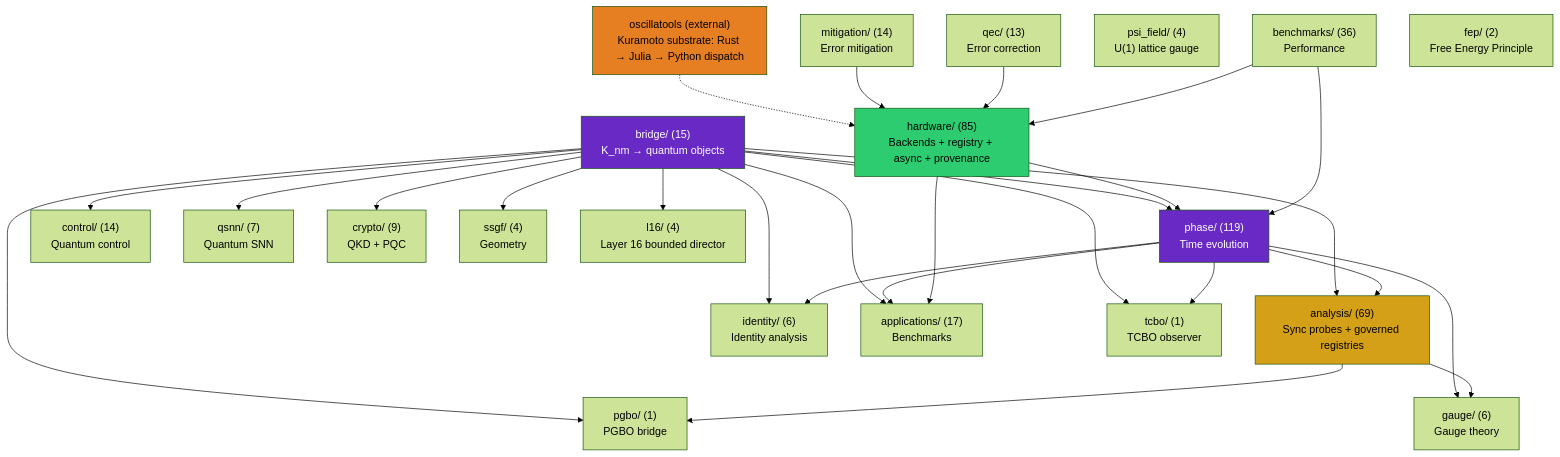
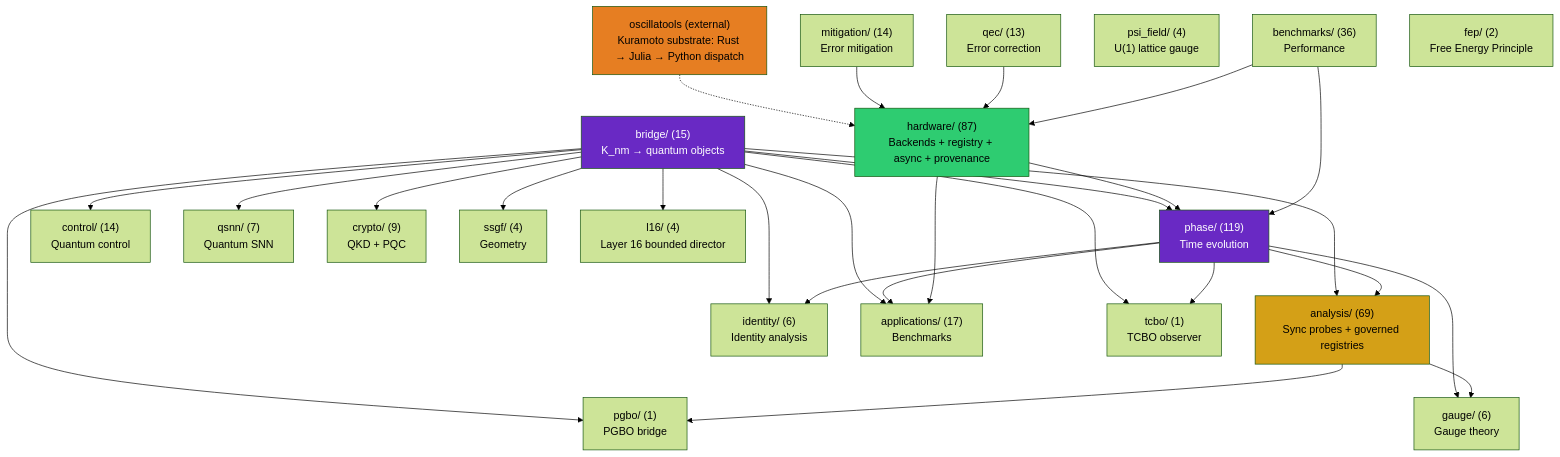
The second of 5 diagrams in docs/architecture.md (anulum/scpn-quantum-control), drawn with Mermaid (forest theme) before and after one commit. The commit also changed other lines of this file and 5 other files, not shown here.

````diff
--- a/docs/architecture.md
+++ b/docs/architecture.md
@@ -749,55 +749,55 @@
 ```mermaid
 graph TD
     bridge["bridge/ (15)\nK_nm → quantum objects"]
     phase["phase/ (119)\nTime evolution"]
     analysis["analysis/ (69)\nSync probes + governed registries"]
     control["control/ (14)\nQuantum control"]
     qsnn["qsnn/ (7)\nQuantum SNN"]
     identity["identity/ (6)\nIdentity analysis"]
-    hardware["hardware/ (85)\nBackends + registry + async + provenance"]
+    hardware["hardware/ (87)\nBackends + registry + async + provenance"]
     mitigation["mitigation/ (14)\nError mitigation"]
     qec["qec/ (13)\nError correction"]
     gauge["gauge/ (6)\nGauge theory"]
     apps["applications/ (17)\nBenchmarks"]
     crypto["crypto/ (9)\nQKD + PQC"]
     benchmarks["benchmarks/ (36)\nPerformance"]
     ssgf["ssgf/ (4)\nGeometry"]
     psi_field["psi_field/ (4)\nU(1) lattice gauge"]
     oscillatools["oscillatools (external)\nKuramoto substrate: Rust → Julia → Python dispatch"]
     fep["fep/ (2)\nFree Energy Principle"]
     tcbo["tcbo/ (1)\nTCBO observer"]
     pgbo["pgbo/ (1)\nPGBO bridge"]
     l16["l16/ (4)\nLayer 16 bounded director"]
 
     bridge --> phase
     bridge --> analysis
     bridge --> control
     bridge --> qsnn
     bridge --> identity
     bridge --> apps
     bridge --> crypto
     bridge --> ssgf
     phase --> analysis
     phase --> identity
     phase --> apps
     phase --> gauge
     analysis --> gauge
     hardware --> phase
     hardware --> apps
     oscillatools -.-> hardware
     mitigation --> hardware
     qec --> hardware
     benchmarks --> phase
     benchmarks --> hardware
     bridge --> tcbo
     bridge --> pgbo
     bridge --> l16
     phase --> tcbo
     analysis --> pgbo
 
     style bridge fill:#6929C4,color:#fff
     style analysis fill:#d4a017,color:#000
     style phase fill:#6929C4,color:#fff
     style hardware fill:#2ecc71,color:#000
     style oscillatools fill:#e67e22,color:#000
 ```
````
